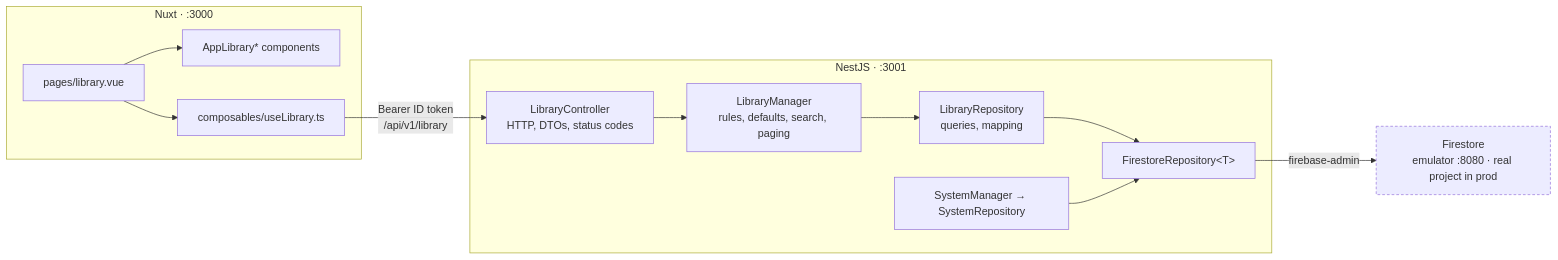
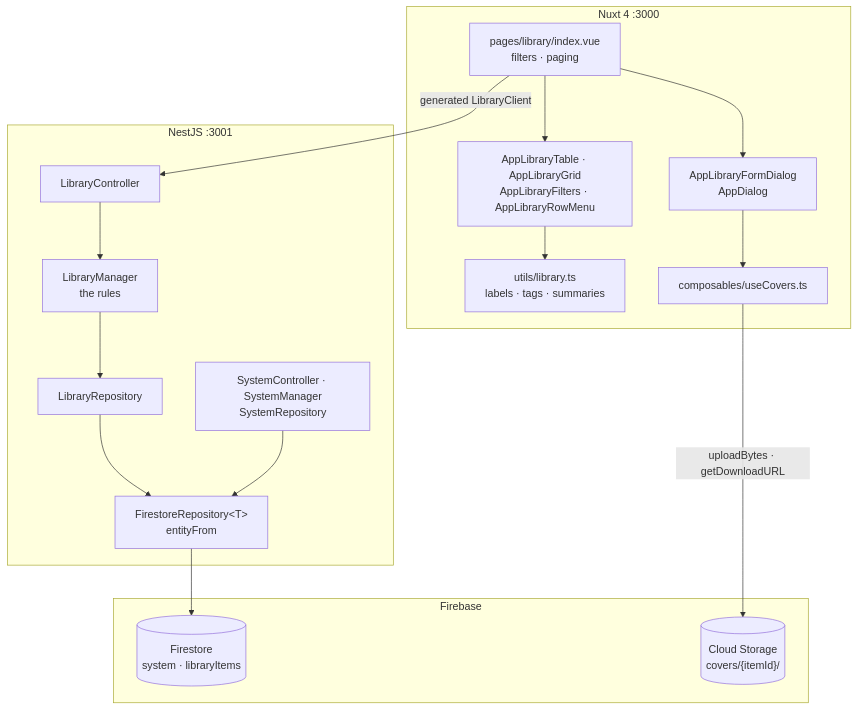
One commit to datntdev0/projects.media-studio changed the first of 2 diagrams in _docs/plan/[library]-part1_basic_management_and_codebase.md. Above: the diagram before and after it, drawn with Mermaid. The commit also changed other lines of this file and 11 other files, not shown here.

````diff
--- a/_docs/plan/[library]-part1_basic_management_and_codebase.md
+++ b/_docs/plan/[library]-part1_basic_management_and_codebase.md
@@ -407,27 +129,32 @@
 ```mermaid
-flowchart LR
-    subgraph fe["Nuxt · :3000"]
-        PAGE["pages/library.vue"]
-        COMP["AppLibrary* components"]
-        HOOK["composables/useLibrary.ts"]
-        PAGE --> COMP
-        PAGE --> HOOK
+flowchart TB
+    subgraph fe["Nuxt 4 :3000"]
+        PAGE["pages/library/index.vue<br/>filters · paging"]
+        VIEWS["AppLibraryTable · AppLibraryGrid<br/>AppLibraryFilters · AppLibraryRowMenu"]
+        DLG["AppLibraryFormDialog<br/>AppDialog"]
+        UTIL["utils/library.ts<br/>labels · tags · summaries"]
+        COVERS["composables/useCovers.ts"]
     end
 
-    subgraph be["NestJS · :3001"]
-        CTRL["LibraryController<br/>HTTP, DTOs, status codes"]
-        MGR["LibraryManager<br/>rules, defaults, search, paging"]
-        REPO["LibraryRepository<br/>queries, mapping"]
-        BASE["FirestoreRepository&lt;T&gt;"]
-        SYS["SystemManager → SystemRepository"]
-        CTRL --> MGR --> REPO --> BASE
-        SYS --> BASE
+    subgraph be["NestJS :3001"]
+        CTRL["LibraryController"]
+        MGR["LibraryManager<br/>the rules"]
+        REPO["LibraryRepository"]
+        SYS["SystemController · SystemManager<br/>SystemRepository"]
+        BASE["FirestoreRepository&lt;T&gt;<br/>entityFrom"]
     end
 
-    FS["Firestore<br/>emulator :8080 · real project in prod"]
+    subgraph gcp["Firebase"]
+        FS[("Firestore<br/>system · libraryItems")]
+        ST[("Cloud Storage<br/>covers/{itemId}/")]
+    end
 
-    HOOK -- "Bearer ID token<br/>/api/v1/library" --> CTRL
-    BASE -- "firebase-admin" --> FS
-
-    style FS stroke-dasharray: 4 3
+    PAGE --> VIEWS
+    PAGE --> DLG
+    VIEWS --> UTIL
+    DLG --> COVERS
+    COVERS -- "uploadBytes · getDownloadURL" --> ST
+    PAGE -- "generated LibraryClient" --> CTRL
+    CTRL --> MGR --> REPO --> BASE --> FS
+    SYS --> BASE
 ```
````
